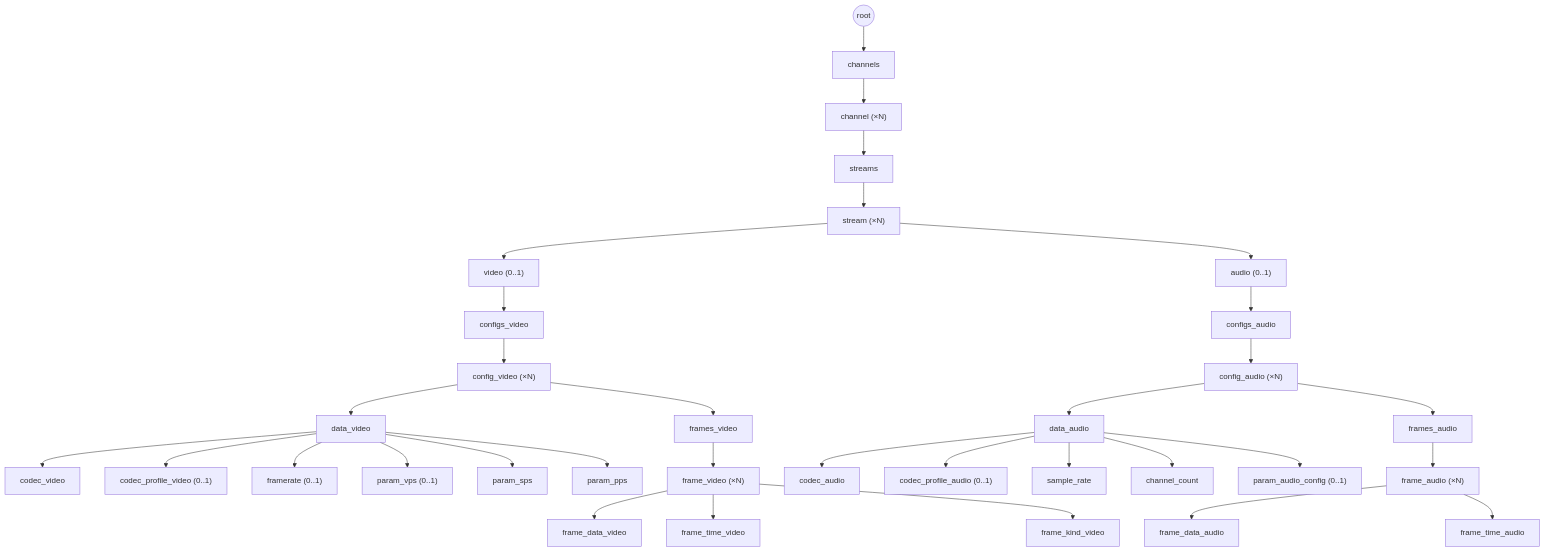
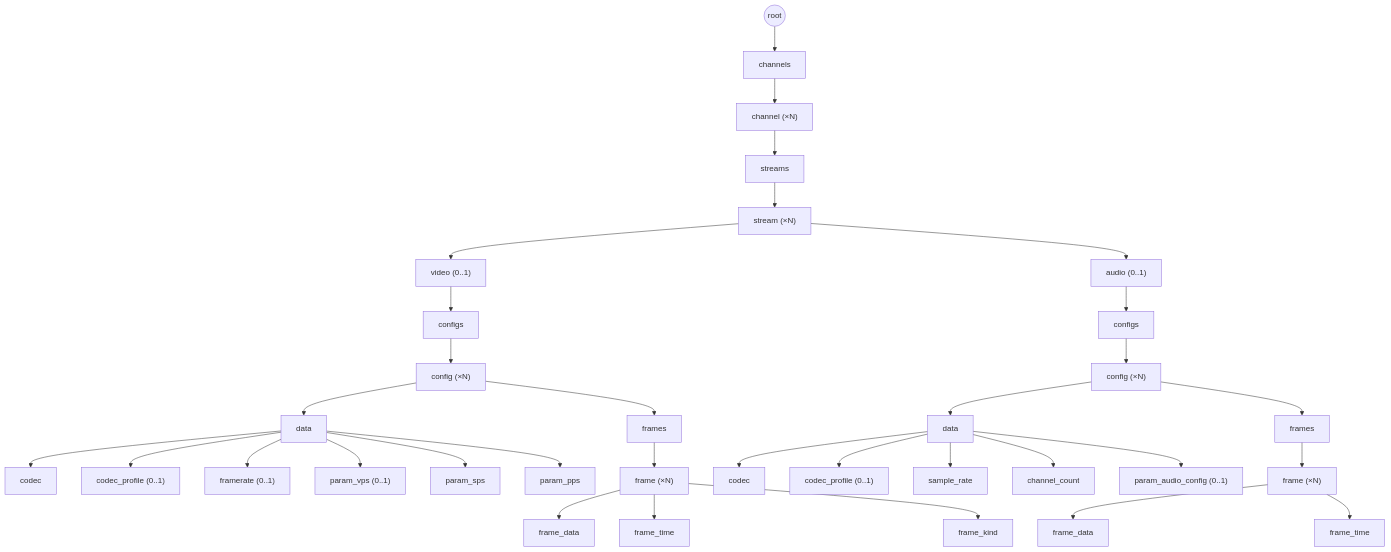
One commit to traycers/farc changed the diagram in docs/docs/archive/07-media-tree.md. Above: the diagram before and after it, drawn with Mermaid. The commit also changed other lines of this file and 3 other files, not shown here.

````diff
--- a/docs/docs/archive/07-media-tree.md
+++ b/docs/docs/archive/07-media-tree.md
@@ -16,68 +16,68 @@
 ```mermaid
 flowchart TD
     root(("root"))
     channels["channels"]
     channel["channel (×N)"]
     streams["streams"]
     stream["stream (×N)"]
     video["video (0..1)"]
     audio["audio (0..1)"]
 
-    vconfigs["configs_video"]
-    vcfg["config_video (×N)"]
-    vdata["data_video"]
-    vcodec["codec_video"]
-    vprofile["codec_profile_video (0..1)"]
+    vconfigs["configs"]
+    vcfg["config (×N)"]
+    vdata["data"]
+    vcodec["codec"]
+    vprofile["codec_profile (0..1)"]
     vframerate["framerate (0..1)"]
     vvps["param_vps (0..1)"]
     vsps["param_sps"]
     vpps["param_pps"]
-    vframes["frames_video"]
-    vframe["frame_video (×N)"]
-    vfdata["frame_data_video"]
-    vftime["frame_time_video"]
-    vfkind["frame_kind_video"]
+    vframes["frames"]
+    vframe["frame (×N)"]
+    vfdata["frame_data"]
+    vftime["frame_time"]
+    vfkind["frame_kind"]
 
-    aconfigs["configs_audio"]
-    acfg["config_audio (×N)"]
-    adata["data_audio"]
-    acodec["codec_audio"]
-    aprofile["codec_profile_audio (0..1)"]
+    aconfigs["configs"]
+    acfg["config (×N)"]
+    adata["data"]
+    acodec["codec"]
+    aprofile["codec_profile (0..1)"]
     asr["sample_rate"]
     ach["channel_count"]
     aacfg["param_audio_config (0..1)"]
-    aframes["frames_audio"]
-    aframe["frame_audio (×N)"]
-    afdata["frame_data_audio"]
-    aftime["frame_time_audio"]
+    aframes["frames"]
+    aframe["frame (×N)"]
+    afdata["frame_data"]
+    aftime["frame_time"]
 
     root --> channels --> channel --> streams --> stream
     stream --> video
     stream --> audio
 
     video --> vconfigs --> vcfg
     vcfg --> vdata
     vdata --> vcodec
     vdata --> vprofile
     vdata --> vframerate
     vdata --> vvps
     vdata --> vsps
     vdata --> vpps
     vcfg --> vframes
     vframes --> vframe
     vframe --> vfdata
     vframe --> vftime
     vframe --> vfkind
 
     audio --> aconfigs --> acfg
     acfg --> adata
     adata --> acodec
     adata --> aprofile
     adata --> asr
     adata --> ach
     adata --> aacfg
     acfg --> aframes
     aframes --> aframe
     aframe --> afdata
     aframe --> aftime
 ```
````
